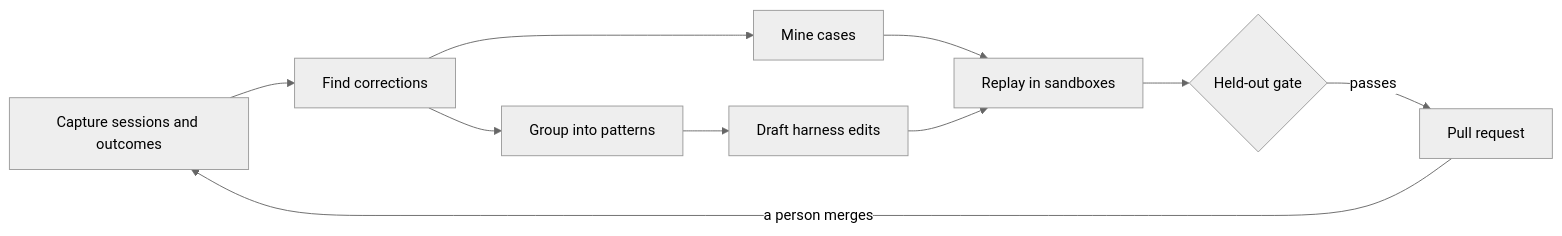
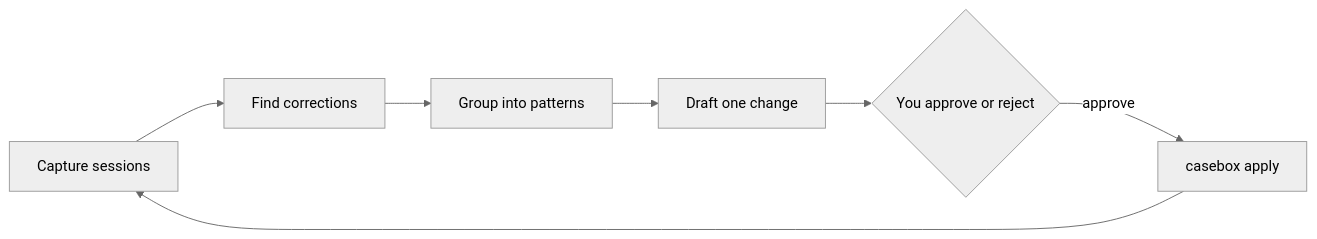
The diagram in README.md (alternayte/casebox), drawn with Mermaid (neutral theme) before and after one commit. The commit also changed other lines of this file and 301 other files, not shown here.

Commit message:
Simple self-evolution: proposals you approve and apply; the replay loop is removed

````diff
--- a/README.md
+++ b/README.md
@@ -34,12 +34,9 @@
 ```mermaid
 flowchart LR
-  capture[Capture sessions and outcomes] --> steering[Find corrections]
+  capture[Capture sessions] --> steering[Find corrections]
   steering --> patterns[Group into patterns]
-  steering --> cases[Mine cases]
-  patterns --> proposals[Draft harness edits]
-  cases --> evaluation[Replay in sandboxes]
-  proposals --> evaluation
-  evaluation --> gate{Held-out gate}
-  gate -->|passes| pr[Pull request]
-  pr -->|a person merges| capture
+  patterns --> proposals[Draft one change]
+  proposals --> decide{You approve or reject}
+  decide -->|approve| apply[casebox apply]
+  apply --> capture
 ```
````
